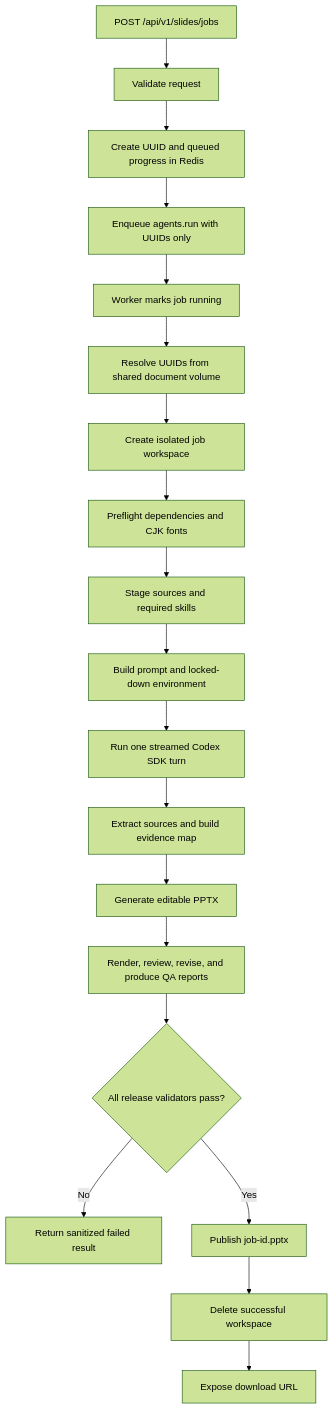
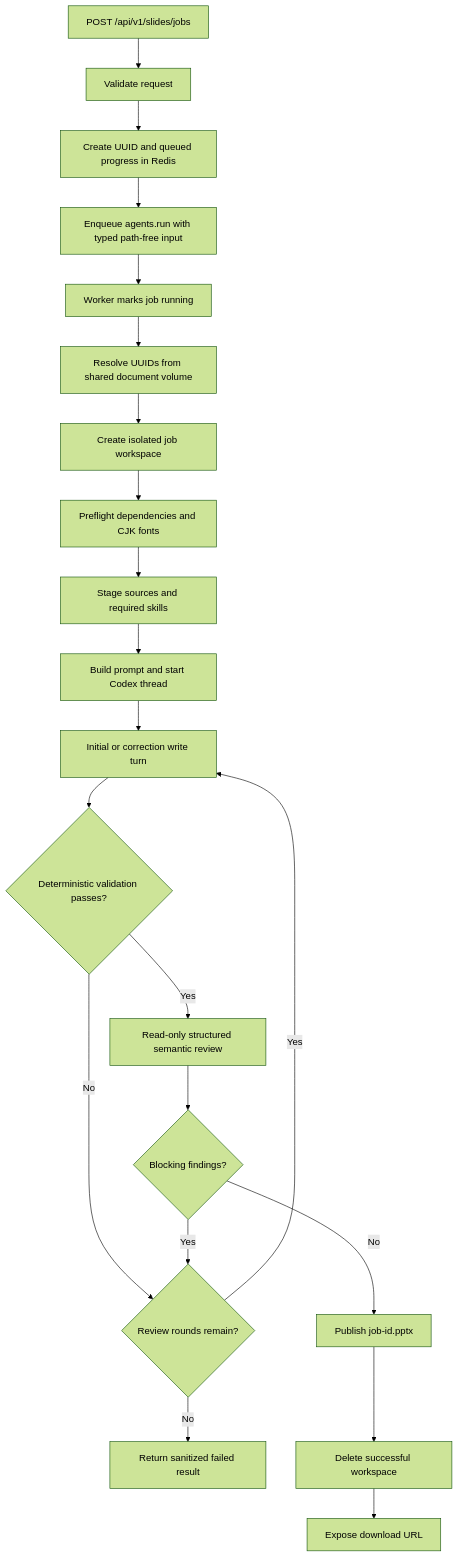
Before and after one commit to Marcodez811/NHI-AI: the second of 2 diagrams in backend/README.md, drawn with Mermaid (forest theme). The commit also changed other lines of this file and 1 other file, not shown here.

Commit message:
updated README to reflect the current architecture

````diff
--- a/backend/README.md
+++ b/backend/README.md
@@ -221,21 +247,23 @@
 ```mermaid
 flowchart TD
     A[POST /api/v1/slides/jobs] --> B[Validate request]
     B --> C[Create UUID and queued progress in Redis]
-    C --> D[Enqueue agents.run with UUIDs only]
+    C --> D[Enqueue agents.run with typed path-free input]
     D --> E[Worker marks job running]
     E --> F[Resolve UUIDs from shared document volume]
     F --> G[Create isolated job workspace]
     G --> H[Preflight dependencies and CJK fonts]
     H --> I[Stage sources and required skills]
-    I --> J[Build prompt and locked-down environment]
-    J --> K[Run one streamed Codex SDK turn]
-    K --> L[Extract sources and build evidence map]
-    L --> M[Generate editable PPTX]
-    M --> N[Render, review, revise, and produce QA reports]
-    N --> O{All release validators pass?}
-    O -->|No| P[Return sanitized failed result]
-    O -->|Yes| Q[Publish job-id.pptx]
-    Q --> R[Delete successful workspace]
-    R --> S[Expose download URL]
+    I --> J[Build prompt and start Codex thread]
+    J --> K[Initial or correction write turn]
+    K --> L{Deterministic validation passes?}
+    L -->|No| M{Review rounds remain?}
+    M -->|Yes| K
+    M -->|No| X[Return sanitized failed result]
+    L -->|Yes| N[Read-only structured semantic review]
+    N --> O{Blocking findings?}
+    O -->|Yes| M
+    O -->|No| P[Publish job-id.pptx]
+    P --> Q[Delete successful workspace]
+    Q --> R[Expose download URL]
 ```
````
